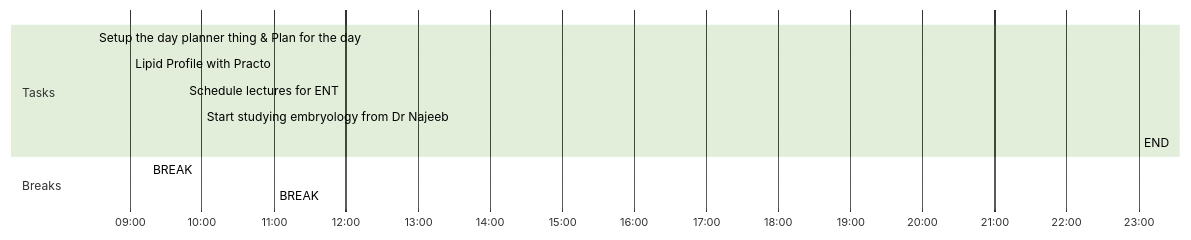
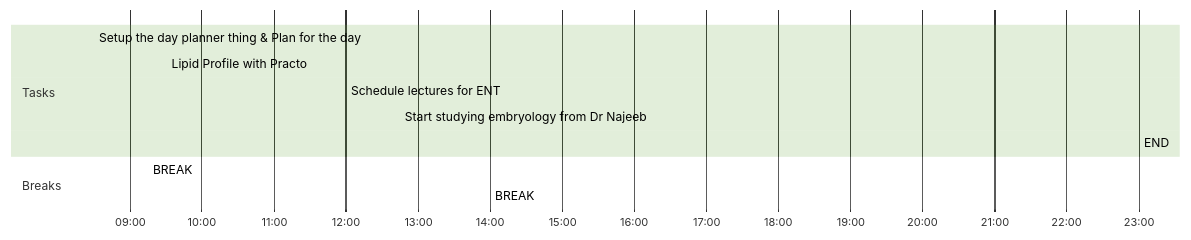
One commit to nihitkhandelwal-eng/The_Brainforest changed the diagram in 🌱 Journal/2022/Quarter 2/04-April/28-Apr-22.md. Above: the diagram before and after it, drawn with Mermaid (forest theme). The commit also changed other lines of this file, not shown here.

Commit message:
Manual Backup on 28-Apr-22 11:58
Affected files:
🌱 Journal/2022/Quarter 2/04-April/28-Apr-22.md

````diff
--- a/🌱 Journal/2022/Quarter 2/04-April/28-Apr-22.md
+++ b/🌱 Journal/2022/Quarter 2/04-April/28-Apr-22.md
@@ -26,15 +26,15 @@
 ```mermaid
 gantt
     dateFormat  HH-mm
     axisFormat %H:%M
-    %% Current Time: 11:49:03 AM
+    %% Current Time: 11:58:17 AM
     section Tasks
-    Setup the day planner thing & Plan for the day     :08-30, 30mm
-    Lipid Profile with Practo     :09-00, 15mm
-    Schedule lectures for ENT     :09-45, 15mm
-    Start studying embryology from Dr Najeeb     :10-00, 60mm
+    Setup the day planner thing & Plan for the day     :08-30, 60mm
+    Lipid Profile with Practo     :09-30, -15mm
+    Schedule lectures for ENT     :12-00, 45mm
+    Start studying embryology from Dr Najeeb     :12-45, 75mm
     END     :23-00, 0mm
     section Breaks
-    BREAK     :09-15, 30mm
-    BREAK     :11-00, 720mm
+    BREAK     :09-15, 165mm
+    BREAK     :14-00, 540mm
 ```
````
